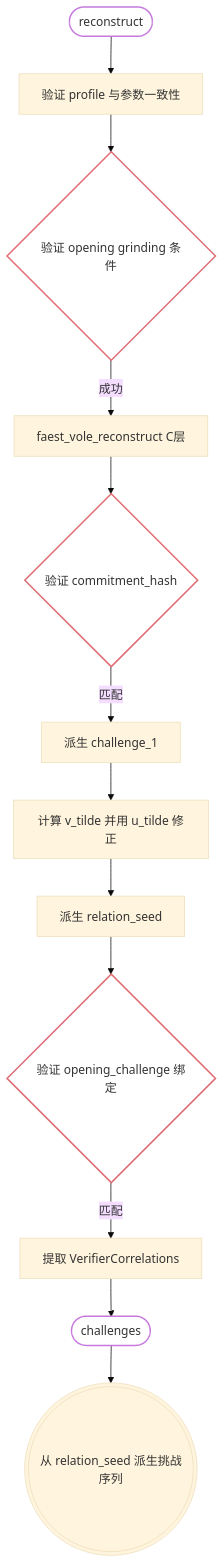
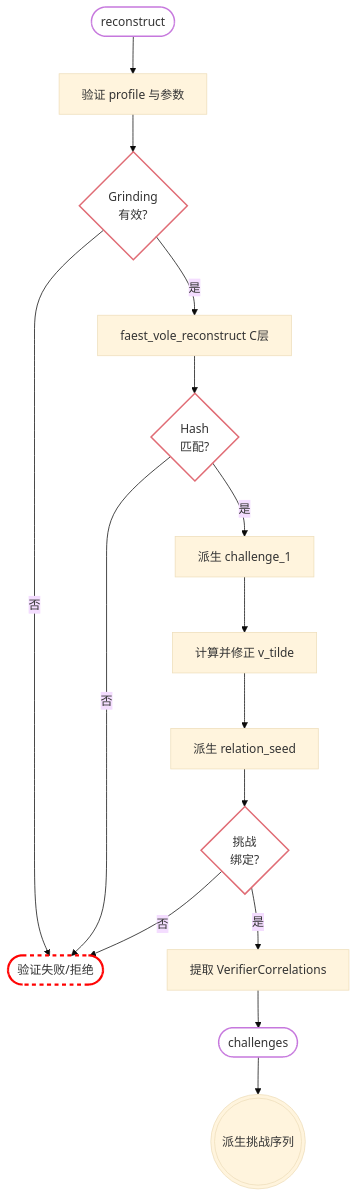
Before and after one commit to coperlm/CodeBasedZKPwithVOLEitH_README: the second of 3 diagrams in src/3_VOLEitH状态机与FFI.md, drawn with Mermaid (base theme). The commit also changed other lines of this file, not shown here.

Commit message:
修复mermaid

````diff
--- a/src/3_VOLEitH状态机与FFI.md
+++ b/src/3_VOLEitH状态机与FFI.md
@@ -276,23 +278,29 @@
 ```mermaid
 graph TD
-    A([reconstruct]) --> B[验证 profile 与参数一致性]
-    B --> C{验证 opening grinding 条件}
-    C -->|成功| D[faest_vole_reconstruct C层]
-    D --> E{验证 commitment_hash}
+    A([reconstruct]) --> B[验证 profile 与参数]
+    B --> C{Grinding<br/>有效?}
     
-    E -->|匹配| F[派生 challenge_1]
-    F --> G[计算 v_tilde 并用 u_tilde 修正]
+    C -->|否| Reject([验证失败/拒绝])
+    C -->|是| D[faest_vole_reconstruct C层]
+    
+    D --> E{Hash<br/>匹配?}
+    E -->|否| Reject
+    E -->|是| F[派生 challenge_1]
+    
+    F --> G[计算并修正 v_tilde]
     G --> H[派生 relation_seed]
-    H --> I{验证 opening_challenge 绑定}
     
-    I -->|匹配| J[提取 VerifierCorrelations]
+    H --> I{挑战<br/>绑定?}
+    I -->|否| Reject
+    I -->|是| J[提取 VerifierCorrelations]
     
     J --> K([challenges])
-    K --> L(((从 relation_seed 派生挑战序列)))
+    K --> L(((派生挑战序列)))
 
     style A fill:none,stroke:#c678dd,stroke-width:2px
     style K fill:none,stroke:#c678dd,stroke-width:2px
     style C fill:none,stroke:#e06c75,stroke-width:2px
     style E fill:none,stroke:#e06c75,stroke-width:2px
     style I fill:none,stroke:#e06c75,stroke-width:2px
+    style Reject fill:none,stroke:#ff0000,stroke-width:3px,stroke-dasharray: 5 5
 ```
````
